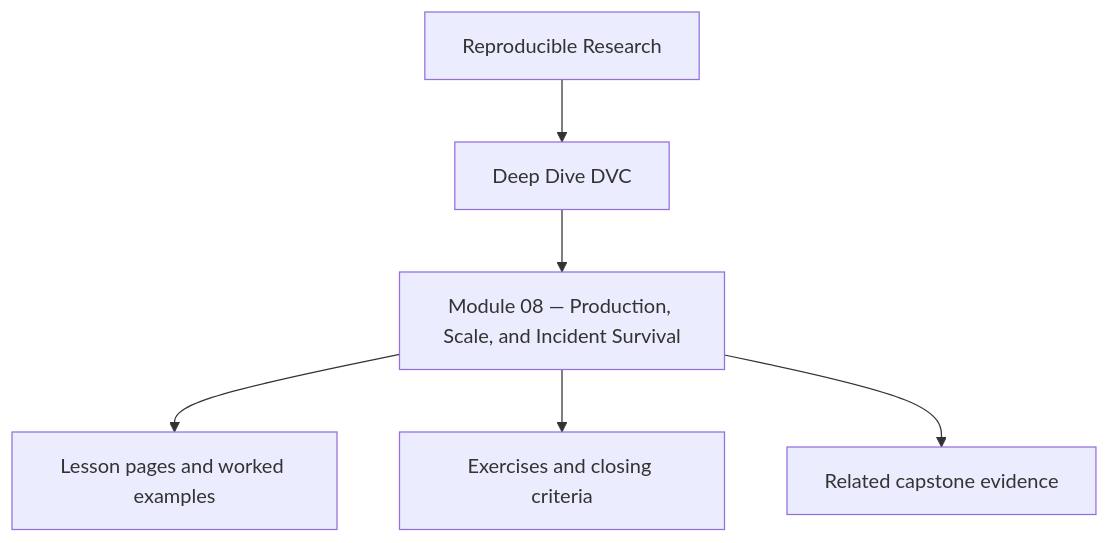
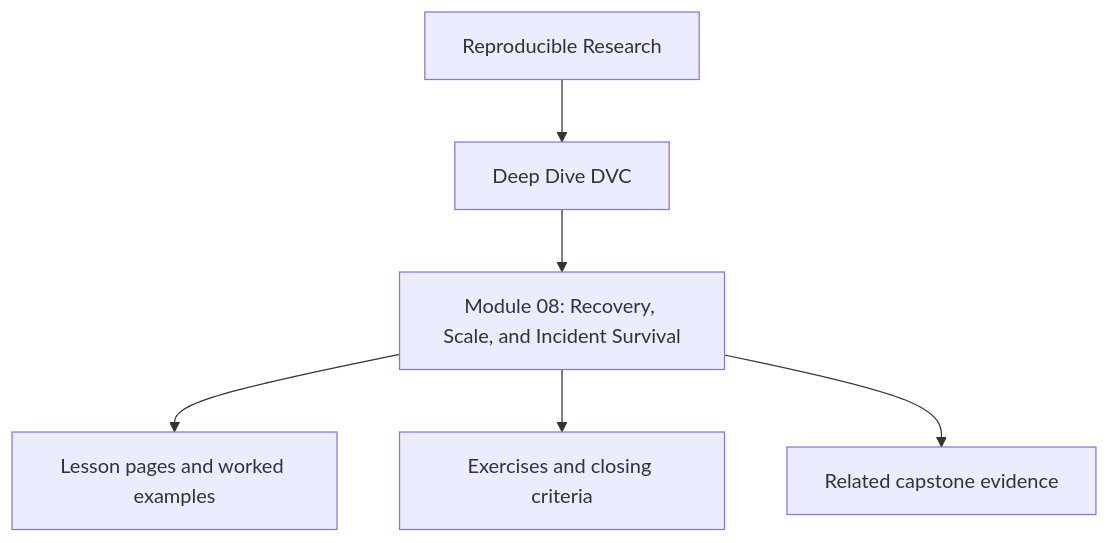
One commit to bijux/bijux-masterclass changed the first of 3 diagrams in programs/reproducible-research/deep-dive-dvc/course-book/module-08-production-scale-and-incident-survival/index.md. Above: the diagram before and after it, drawn with Mermaid. The commit also changed other lines of this file and 241 other files, not shown here.

````diff
--- a/programs/reproducible-research/deep-dive-dvc/course-book/module-08-production-scale-and-incident-survival/index.md
+++ b/programs/reproducible-research/deep-dive-dvc/course-book/module-08-production-scale-and-incident-survival/index.md
@@ -7,8 +7,8 @@
 ```mermaid
 flowchart TD
   family["Reproducible Research"] --> program["Deep Dive DVC"]
-  program --> module["Module 08 — Production, Scale, and Incident Survival"]
+  program --> module["Module 08: Recovery, Scale, and Incident Survival"]
   module --> lessons["Lesson pages and worked examples"]
   module --> checkpoints["Exercises and closing criteria"]
   module --> capstone["Related capstone evidence"]
 ```
````
